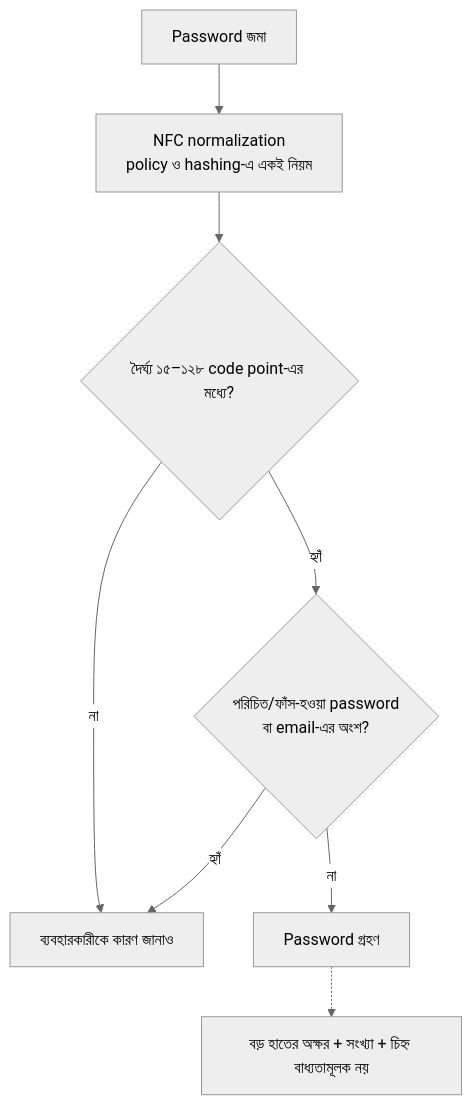
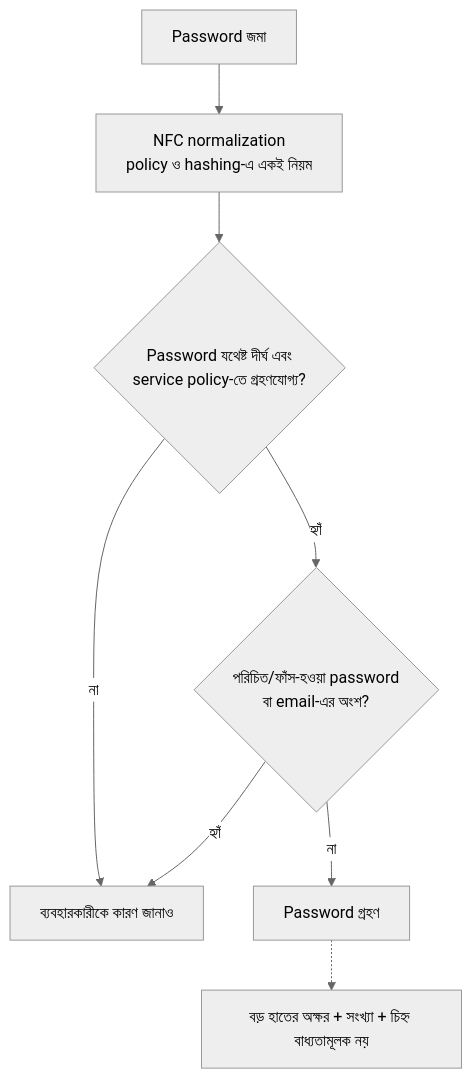
One commit to shomi-khan/auth-security-journey changed the eighth of 8 diagrams in series/season-1-browser-session-token/03-password-security/README.md. Above: the diagram before and after it, drawn with Mermaid (neutral theme). The commit also changed other lines of this file, not shown here.

Commit message:
docs(chapter 3): remove arbitrary implementation-level specifics

````diff
--- a/series/season-1-browser-session-token/03-password-security/README.md
+++ b/series/season-1-browser-session-token/03-password-security/README.md
@@ -351,10 +351,10 @@
 ```mermaid
 flowchart TD
     P["Password জমা"] --> N["NFC normalization<br/>policy ও hashing-এ একই নিয়ম"]
-    N --> L{"দৈর্ঘ্য ১৫–১২৮ code point-এর মধ্যে?"}
+    N --> L{"Password যথেষ্ট দীর্ঘ এবং<br/>service policy-তে গ্রহণযোগ্য?"}
     L -->|"না"| R["ব্যবহারকারীকে কারণ জানাও"]
     L -->|"হ্যাঁ"| B{"পরিচিত/ফাঁস-হওয়া password<br/>বা email-এর অংশ?"}
     B -->|"হ্যাঁ"| R
     B -->|"না"| A["Password গ্রহণ"]
     A -.-> X["বড় হাতের অক্ষর + সংখ্যা + চিহ্ন বাধ্যতামূলক নয়"]
 ```
````
